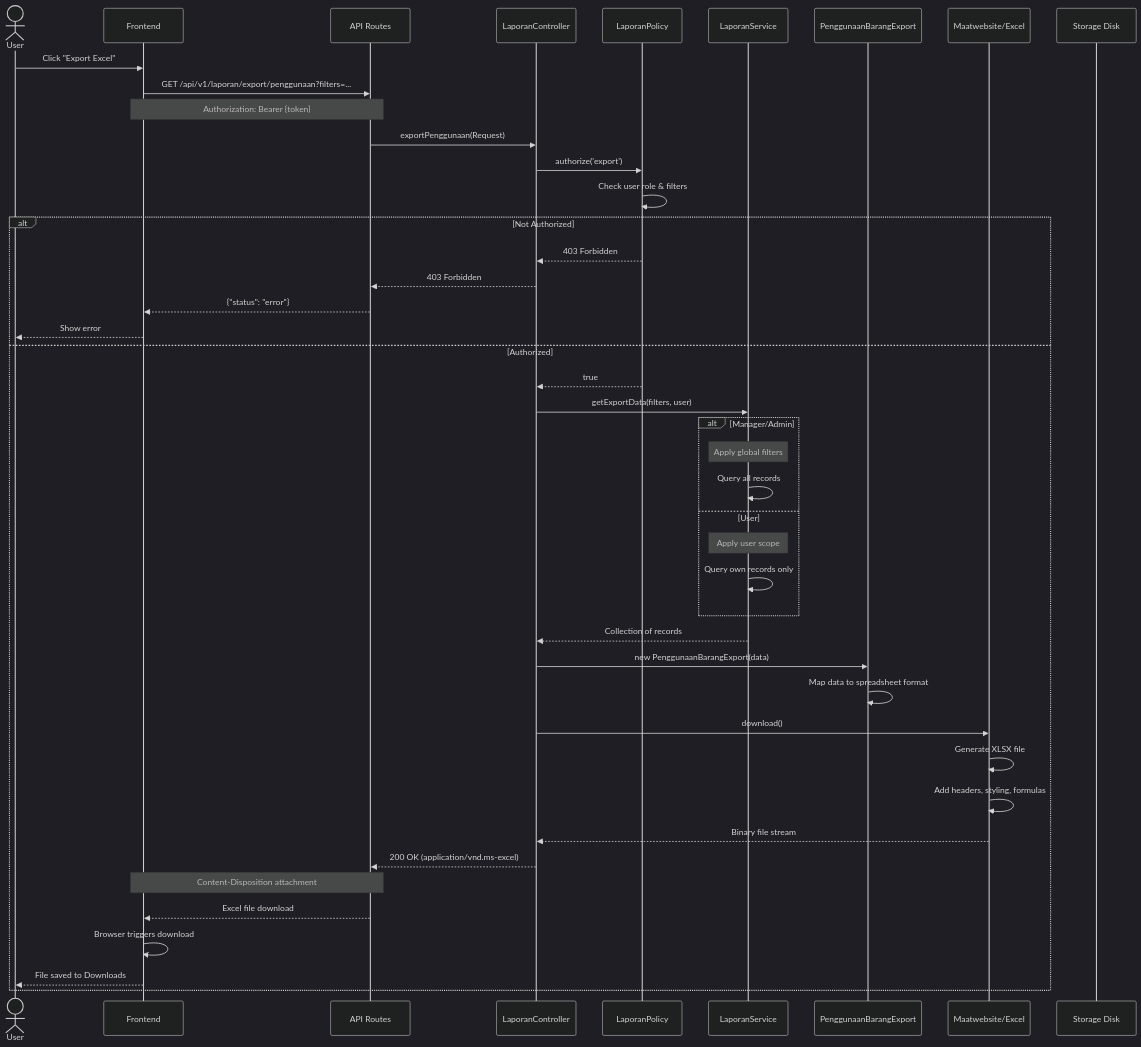
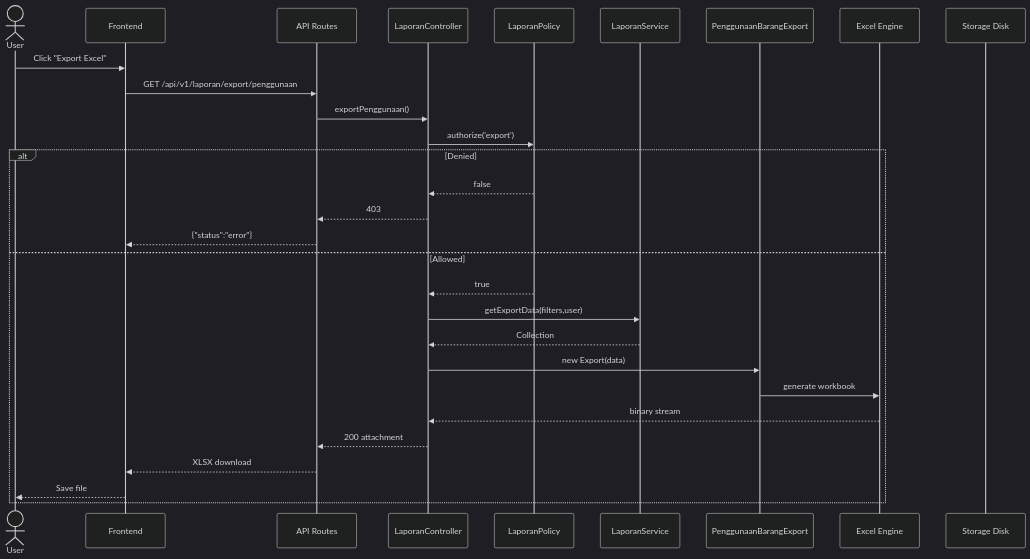
Before and after one commit to apinlight/Backend-of-SIPB: the fifth of 9 diagrams in docs/UML_DIAGRAMS.md, drawn with Mermaid (dark theme). The commit also changed other lines of this file and 2 other files, not shown here.

````diff
--- a/docs/UML_DIAGRAMS.md
+++ b/docs/UML_DIAGRAMS.md
@@ -333,55 +361,32 @@
 ```mermaid
 sequenceDiagram
     actor User
     participant FE as Frontend
     participant API as API Routes
     participant Ctrl as LaporanController
     participant Policy as LaporanPolicy
     participant Service as LaporanService
     participant Export as PenggunaanBarangExport
-    participant Excel as Maatwebsite/Excel
+    participant Excel as Excel Engine
     participant Storage as Storage Disk
 
     User->>FE: Click "Export Excel"
-    FE->>API: GET /api/v1/laporan/export/penggunaan?filters=...
-    Note over FE,API: Authorization: Bearer {token}
-    
-    API->>Ctrl: exportPenggunaan(Request)
+    FE->>API: GET /api/v1/laporan/export/penggunaan
+    API->>Ctrl: exportPenggunaan()
     Ctrl->>Policy: authorize('export')
-    Policy->>Policy: Check user role & filters
-    
-    alt Not Authorized
-        Policy-->>Ctrl: 403 Forbidden
-        Ctrl-->>API: 403 Forbidden
-        API-->>FE: {"status": "error"}
-        FE-->>User: Show error
-    else Authorized
+    alt Denied
+        Policy-->>Ctrl: false
+        Ctrl-->>API: 403
+        API-->>FE: {"status":"error"}
+    else Allowed
         Policy-->>Ctrl: true
-        
-        Ctrl->>Service: getExportData(filters, user)
-        
-        alt Manager/Admin
-            Note over Service: Apply global filters
-            Service->>Service: Query all records
-        else User
-            Note over Service: Apply user scope
-            Service->>Service: Query own records only
-        end
-        
-        Service-->>Ctrl: Collection of records
-        
-        Ctrl->>Export: new PenggunaanBarangExport(data)
-        Export->>Export: Map data to spreadsheet format
-        
-        Ctrl->>Excel: download()
-        Excel->>Excel: Generate XLSX file
-        Excel->>Excel: Add headers, styling, formulas
-        
-        Excel-->>Ctrl: Binary file stream
-        Ctrl-->>API: 200 OK (application/vnd.ms-excel)
-        Note over API,FE: Content-Disposition attachment
-        API-->>FE: Excel file download
-        FE->>FE: Browser triggers download
-        FE-->>User: File saved to Downloads
+        Ctrl->>Service: getExportData(filters,user)
+        Service-->>Ctrl: Collection
+        Ctrl->>Export: new Export(data)
+        Export->>Excel: generate workbook
+        Excel-->>Ctrl: binary stream
+        Ctrl-->>API: 200 attachment
+        API-->>FE: XLSX download
+        FE-->>User: Save file
     end
 ```
````
